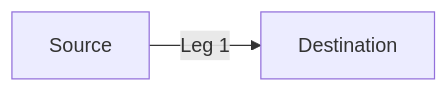
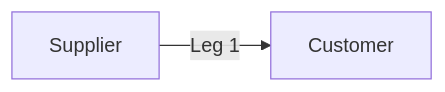
The first of 3 diagrams in docs/concepts/anatomy-order-request.md (yojee/yojee-developer-portal), drawn with Mermaid before and after one commit. The commit also changed other lines of this file and 1 other file, not shown here.

````diff
--- a/docs/concepts/anatomy-order-request.md
+++ b/docs/concepts/anatomy-order-request.md
@@ -175,4 +13,4 @@
 ```mermaid
   graph LR
-    A[Source] -->|Leg 1| B[Destination]
+    S[Supplier] -->|Leg 1| C[Customer]
 ```
````
